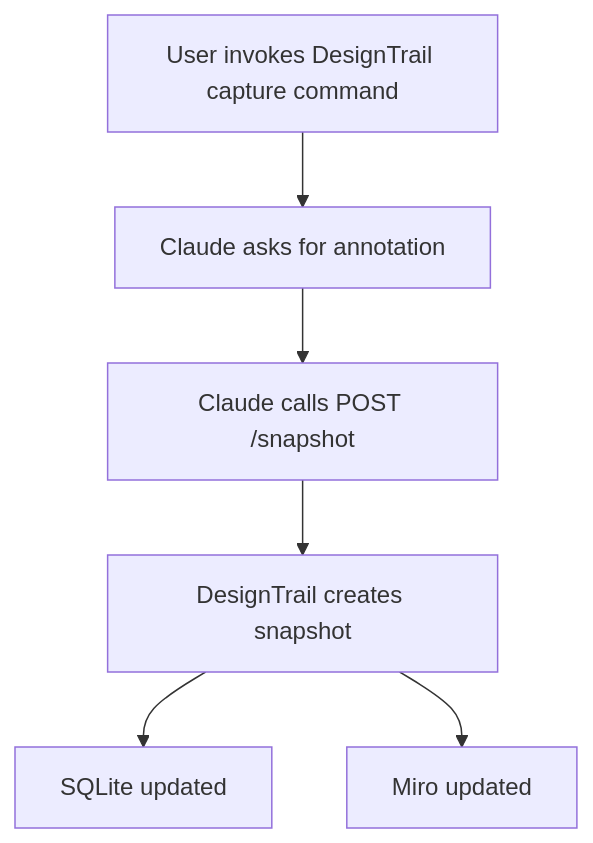
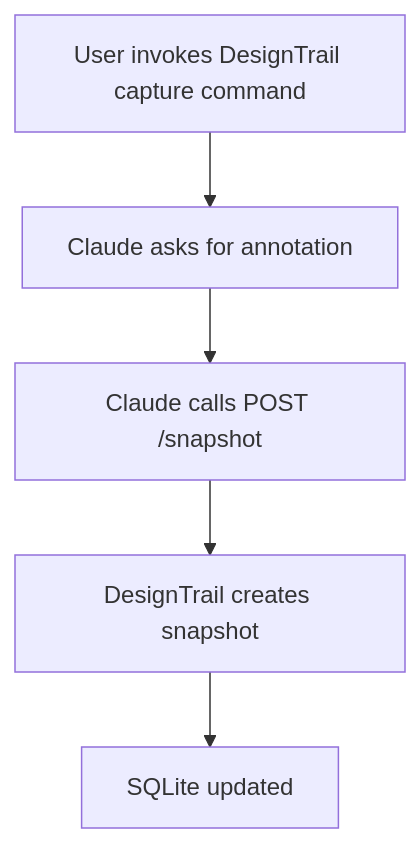
One commit to andytluminosity/DesignTrail changed the diagram in integrations/claude/README.md. Above: the diagram before and after it, drawn with Mermaid. The commit also changed other lines of this file and 7 other files, not shown here.

````diff
--- a/integrations/claude/README.md
+++ b/integrations/claude/README.md
@@ -12,8 +12,7 @@
 ```mermaid
 flowchart TD
   user[User invokes DesignTrail capture command] --> claude[Claude asks for annotation]
   claude --> api[Claude calls POST /snapshot]
   api --> core[DesignTrail creates snapshot]
   core --> sqlite[SQLite updated]
-  core --> miro[Miro updated]
 ```
````
